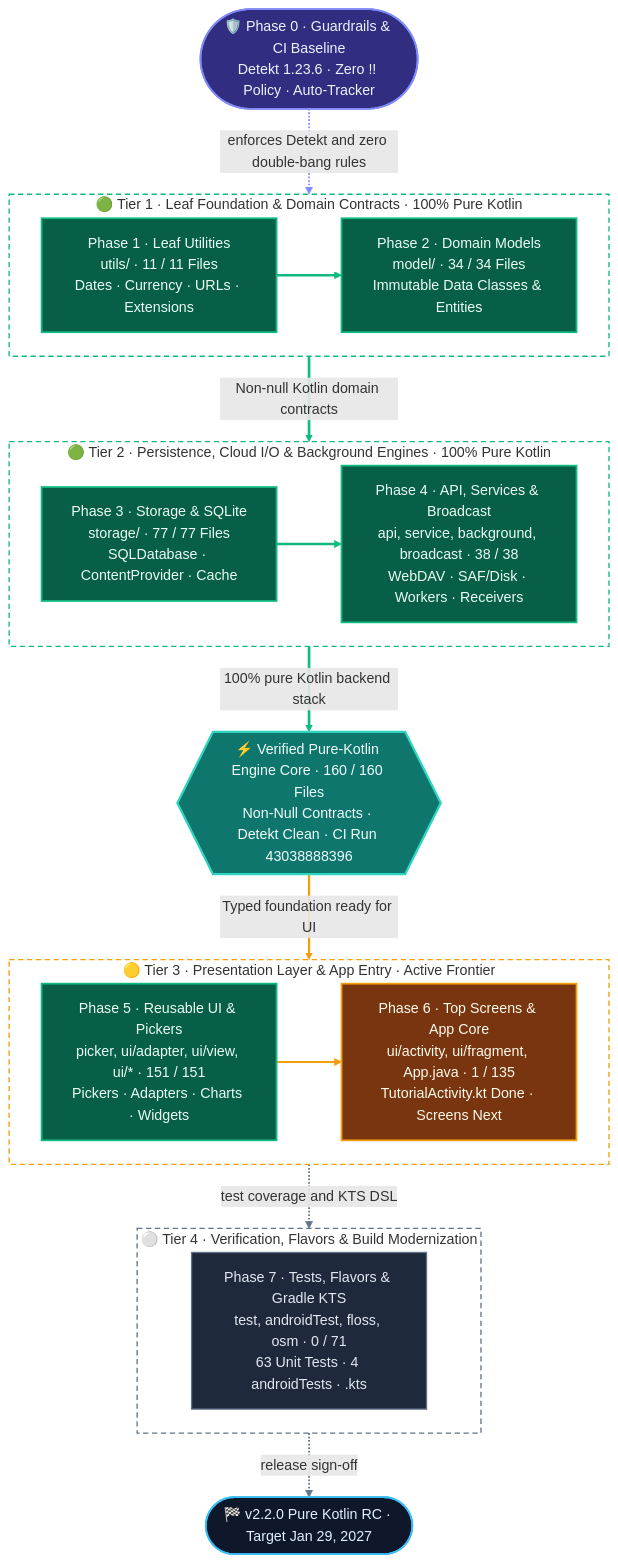
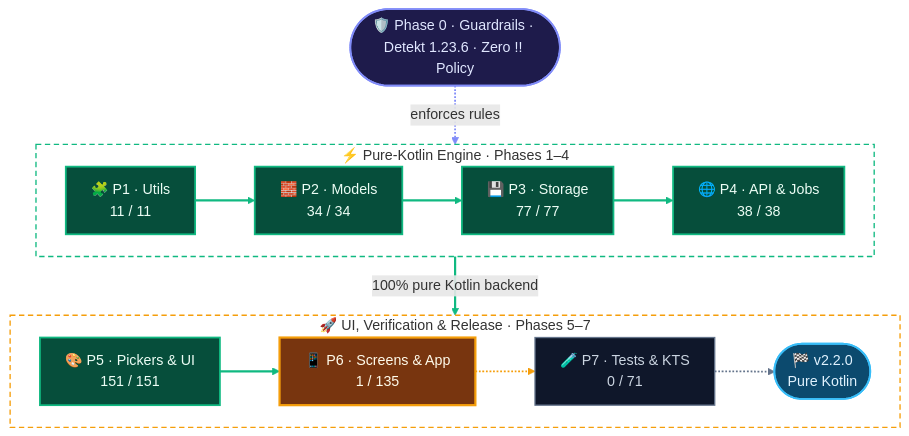
The first of 2 diagrams in KOTLIN_MIGRATION.mdx (solomonrajan/cashledger), drawn with Mermaid before and after one commit. The commit also changed other lines of this file, not shown here.

Commit message:
Redesign Migration Architecture & Flow diagram in KOTLIN_MIGRATION.mdx

````diff
--- a/KOTLIN_MIGRATION.mdx
+++ b/KOTLIN_MIGRATION.mdx
@@ -60,59 +60,32 @@
 ```mermaid
-%%{init: {"flowchart": {"curve": "basis", "nodeSpacing": 34, "rankSpacing": 48, "padding": 16}}}%%
+%%{init: {"flowchart": {"curve": "basis", "nodeSpacing": 30, "rankSpacing": 42, "padding": 14}}}%%
 flowchart TB
-    classDef guardrail fill:#312E81,stroke:#818CF8,stroke-width:2px,color:#EEF2FF
-    classDef complete fill:#065F46,stroke:#10B981,stroke-width:2px,color:#ECFDF5
-    classDef hub fill:#0F766E,stroke:#2DD4BF,stroke-width:2.5px,color:#F0FDFA
-    classDef inprog fill:#78350F,stroke:#F59E0B,stroke-width:2px,color:#FFFBEB
-    classDef pending fill:#1E293B,stroke:#64748B,stroke-width:1.5px,color:#E2E8F0
-    classDef target fill:#0F172A,stroke:#38BDF8,stroke-width:2px,color:#E0F2FE
+    classDef gate fill:#1E1B4B,stroke:#818CF8,stroke-width:2px,color:#E0E7FF
+    classDef complete fill:#064E3B,stroke:#10B981,stroke-width:2px,color:#ECFDF5
+    classDef inprog fill:#78350F,stroke:#F59E0B,stroke-width:2.5px,color:#FFFBEB
+    classDef pending fill:#0F172A,stroke:#64748B,stroke-width:1.5px,color:#CBD5E1
+    classDef release fill:#0C4A6E,stroke:#38BDF8,stroke-width:2px,color:#E0F2FE
 
-    P0(["🛡️ Phase 0 · Guardrails & CI Baseline<br/>Detekt 1.23.6 · Zero !! Policy · Auto-Tracker"]):::guardrail
+    P0(["🛡️ Phase 0 · Guardrails · Detekt 1.23.6 · Zero !! Policy"]):::gate
 
-    subgraph L1["🟢 Tier 1 · Leaf Foundation & Domain Contracts · 100% Pure Kotlin"]
+    subgraph CORE["⚡ Pure-Kotlin Engine · Phases 1–4"]
         direction LR
-        P1["Phase 1 · Leaf Utilities<br/>utils/ · 11 / 11 Files<br/>Dates · Currency · URLs · Extensions"]:::complete
-        P2["Phase 2 · Domain Models<br/>model/ · 34 / 34 Files<br/>Immutable Data Classes & Entities"]:::complete
-        P1 ==> P2
+        P1["🧩 P1 · Utils<br/>11 / 11"]:::complete ==> P2["🧱 P2 · Models<br/>34 / 34"]:::complete ==> P3["💾 P3 · Storage<br/>77 / 77"]:::complete ==> P4["🌐 P4 · API & Jobs<br/>38 / 38"]:::complete
     end
 
-    subgraph L2["🟢 Tier 2 · Persistence, Cloud I/O & Background Engines · 100% Pure Kotlin"]
+    subgraph APP["🚀 UI, Verification & Release · Phases 5–7"]
         direction LR
-        P3["Phase 3 · Storage & SQLite<br/>storage/ · 77 / 77 Files<br/>SQLDatabase · ContentProvider · Cache"]:::complete
-        P4["Phase 4 · API, Services & Broadcast<br/>api, service, background, broadcast · 38 / 38<br/>WebDAV · SAF/Disk · Workers · Receivers"]:::complete
-        P3 ==> P4
+        P5["🎨 P5 · Pickers & UI<br/>151 / 151"]:::complete --> P6["📱 P6 · Screens & App<br/>1 / 135"]:::inprog -.-> P7["🧪 P7 · Tests & KTS<br/>0 / 71"]:::pending -.-> TARGET(["🏁 v2.2.0<br/>Pure Kotlin"]):::release
     end
 
-    CORE{{"⚡ Verified Pure-Kotlin Engine Core · 160 / 160 Files<br/>Non-Null Contracts · Detekt Clean · CI Run 43038888396"}}:::hub
+    P0 -. enforces rules .-> CORE
+    CORE ==>|100% pure Kotlin backend| APP
 
-    subgraph L3["🟡 Tier 3 · Presentation Layer & App Entry · Active Frontier"]
-        direction LR
-        P5["Phase 5 · Reusable UI & Pickers<br/>picker, ui/adapter, ui/view, ui/* · 151 / 151<br/>Pickers · Adapters · Charts · Widgets"]:::complete
-        P6["Phase 6 · Top Screens & App Core<br/>ui/activity, ui/fragment, App.java · 1 / 135<br/>TutorialActivity.kt Done · Screens Next"]:::inprog
-        P5 --> P6
-    end
+    style CORE fill:none,stroke:#10B981,stroke-width:1.5px,stroke-dasharray:6 4
+    style APP fill:none,stroke:#F59E0B,stroke-width:1.5px,stroke-dasharray:6 4
 
-    subgraph L4["⚪ Tier 4 · Verification, Flavors & Build Modernization"]
-        direction LR
-        P7["Phase 7 · Tests, Flavors & Gradle KTS<br/>test, androidTest, floss, osm · 0 / 71<br/>63 Unit Tests · 4 androidTests · .kts"]:::pending
-    end
-
-    TARGET(["🏁 v2.2.0 Pure Kotlin RC · Target Jan 29, 2027"]):::target
-
-    P0 -. enforces Detekt and zero double-bang rules .-> L1
-    L1 ==>|Non-null Kotlin domain contracts| L2
-    L2 ==>|100% pure Kotlin backend stack| CORE
-    CORE -->|Typed foundation ready for UI| L3
-    L3 -. test coverage and KTS DSL .-> L4
-    L4 -. release sign-off .-> TARGET
-
-    style L1 fill:none,stroke:#10B981,stroke-width:1.5px,stroke-dasharray:6 4
-    style L2 fill:none,stroke:#10B981,stroke-width:1.5px,stroke-dasharray:6 4
-    style L3 fill:none,stroke:#F59E0B,stroke-width:1.5px,stroke-dasharray:6 4
-    style L4 fill:none,stroke:#64748B,stroke-width:1.5px,stroke-dasharray:6 4
-
-    linkStyle 0,1,4,5 stroke:#10B981,stroke-width:3px
-    linkStyle 2,6 stroke:#F59E0B,stroke-width:2.5px
-    linkStyle 3 stroke:#818CF8,stroke-width:2px
-    linkStyle 7,8 stroke:#64748B,stroke-width:2px
+    linkStyle 0,1,2,3,7 stroke:#10B981,stroke-width:2.5px
+    linkStyle 4 stroke:#F59E0B,stroke-width:2px
+    linkStyle 5 stroke:#64748B,stroke-width:2px
+    linkStyle 6 stroke:#818CF8,stroke-width:2px
 ```
````
